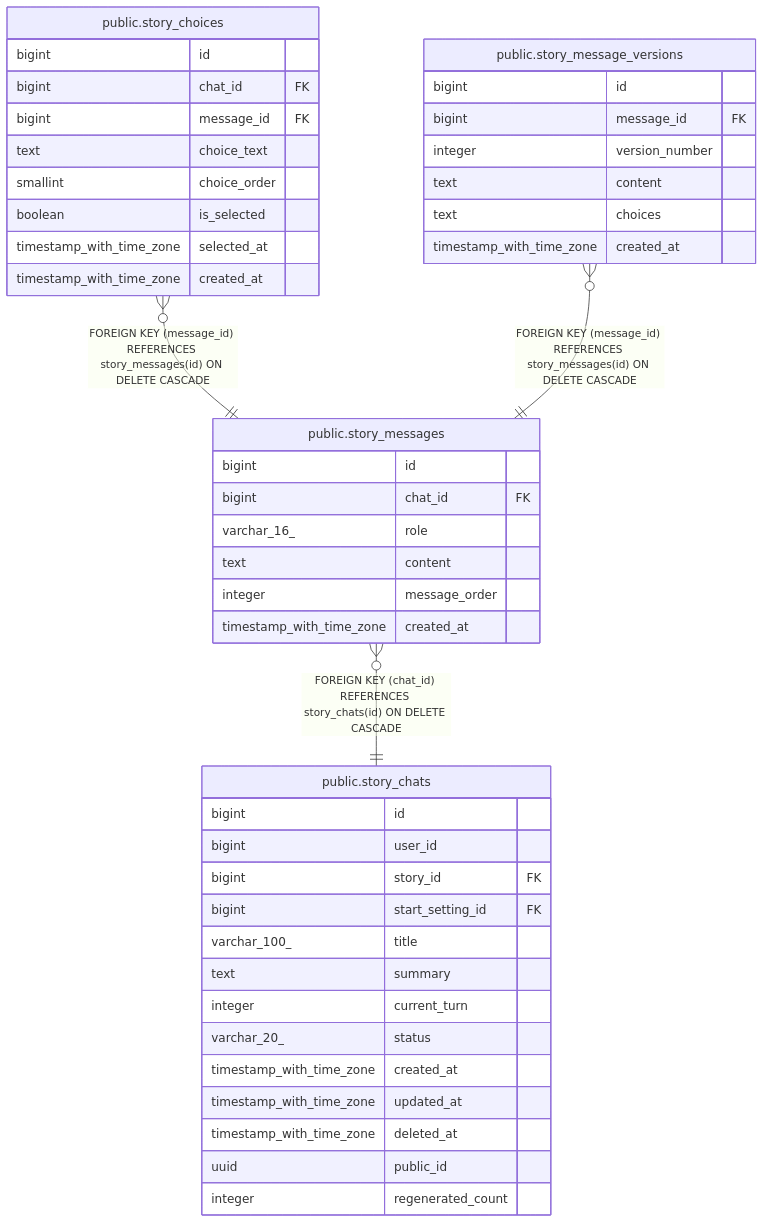
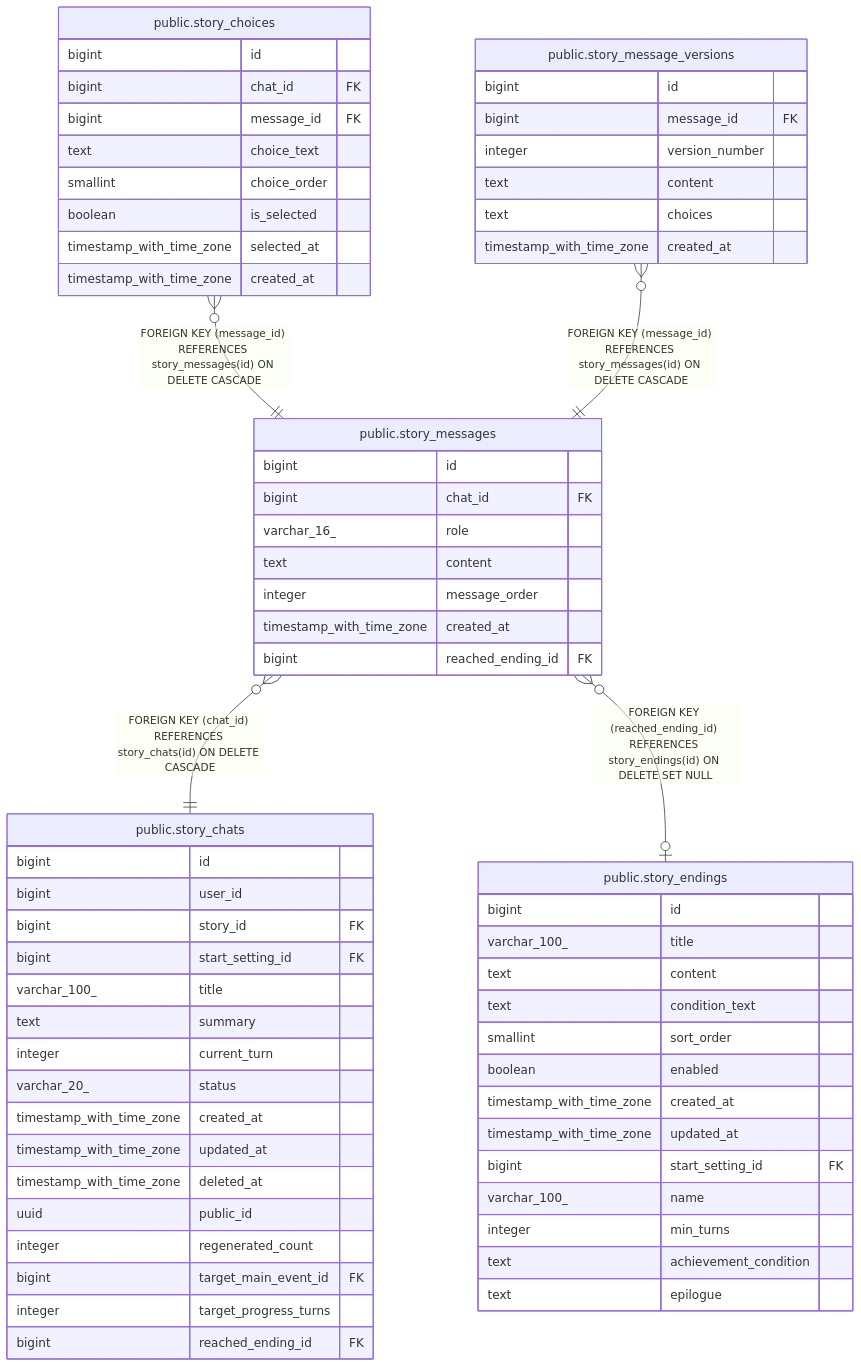
The diagram in dbdoc/public.story_messages.md (KIM-N-KANG/manyak-server), drawn with Mermaid before and after one commit. The commit also changed other lines of this file and 46 other files, not shown here.

````diff
--- a/dbdoc/public.story_messages.md
+++ b/dbdoc/public.story_messages.md
@@ -33,49 +35,69 @@
 ```mermaid
 erDiagram
 
 "public.story_choices" }o--|| "public.story_messages" : "FOREIGN KEY (message_id) REFERENCES story_messages(id) ON DELETE CASCADE"
 "public.story_message_versions" }o--|| "public.story_messages" : "FOREIGN KEY (message_id) REFERENCES story_messages(id) ON DELETE CASCADE"
 "public.story_messages" }o--|| "public.story_chats" : "FOREIGN KEY (chat_id) REFERENCES story_chats(id) ON DELETE CASCADE"
+"public.story_messages" }o--o| "public.story_endings" : "FOREIGN KEY (reached_ending_id) REFERENCES story_endings(id) ON DELETE SET NULL"
 
 "public.story_messages" {
   bigint id
   bigint chat_id FK
   varchar_16_ role
   text content
   integer message_order
   timestamp_with_time_zone created_at
+  bigint reached_ending_id FK
 }
 "public.story_choices" {
   bigint id
   bigint chat_id FK
   bigint message_id FK
   text choice_text
   smallint choice_order
   boolean is_selected
   timestamp_with_time_zone selected_at
   timestamp_with_time_zone created_at
 }
 "public.story_message_versions" {
   bigint id
   bigint message_id FK
   integer version_number
   text content
   text choices
   timestamp_with_time_zone created_at
 }
 "public.story_chats" {
   bigint id
   bigint user_id
   bigint story_id FK
   bigint start_setting_id FK
   varchar_100_ title
   text summary
   integer current_turn
   varchar_20_ status
   timestamp_with_time_zone created_at
   timestamp_with_time_zone updated_at
   timestamp_with_time_zone deleted_at
   uuid public_id
   integer regenerated_count
+  bigint target_main_event_id FK
+  integer target_progress_turns
+  bigint reached_ending_id FK
+}
+"public.story_endings" {
+  bigint id
+  varchar_100_ title
+  text content
+  text condition_text
+  smallint sort_order
+  boolean enabled
+  timestamp_with_time_zone created_at
+  timestamp_with_time_zone updated_at
+  bigint start_setting_id FK
+  varchar_100_ name
+  integer min_turns
+  text achievement_condition
+  text epilogue
 }
 ```
````
